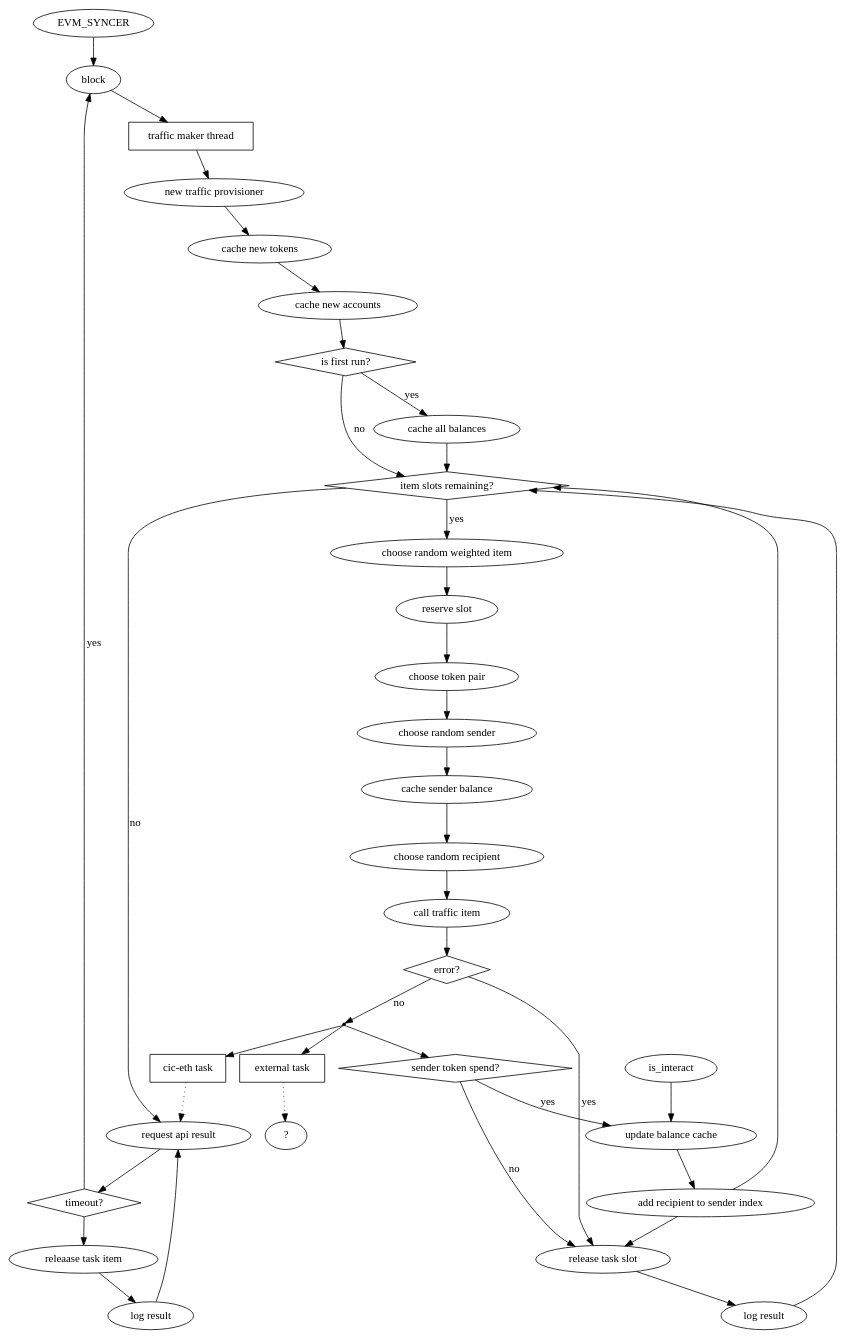
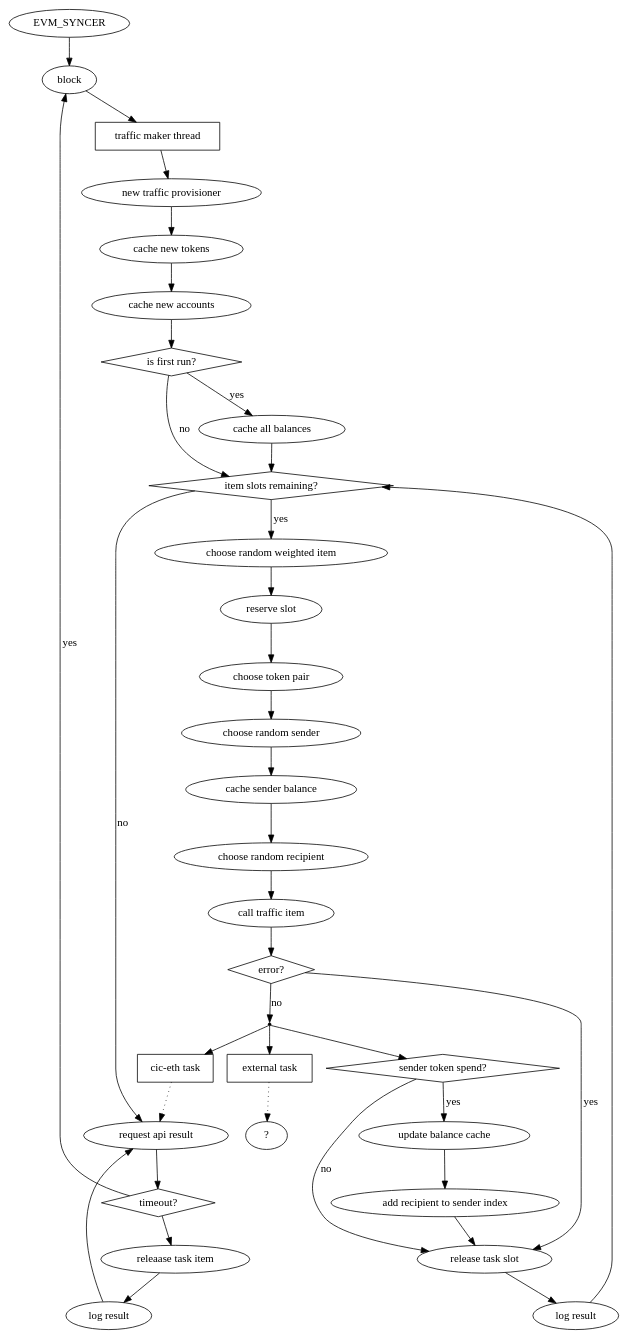
One commit to grassrootseconomics/cic-stack changed the diagram in apps/data-seeding/doc/traffic.dot. Above: the diagram before and after it, drawn with Graphviz.

Commit message:
Correct graphviz errors

```diff
--- a/apps/data-seeding/doc/traffic.dot
+++ b/apps/data-seeding/doc/traffic.dot
@@ -1,175 +1,171 @@
 digraph {
 
 	EVM_SYNCER {
 		label = "EVM SYNCER";
 		shape = "rectamgle";
 	}
 
 	block [
 		
 	];
 
 	thread [
 		label = "traffic maker thread";
 		shape = "rectangle";
 	];
 
 	provisioner [
 		label = "new traffic provisioner";
 	];
 
 	cache_tokens [
 		label = "cache new tokens";	
 	];
 
 	cache_accounts [
 		label = "cache new accounts";	
 	];
 
 	is_first [
 		label = "is first run?";
 		shape = "diamond";
 	];
 	
 	balances [
 		label = "cache all balances";
 	];
 
 	is_reserve [
 		label = "item slots remaining?";
 		shape = "diamond";
 	];
 
 	random_item [
 		label = "choose random weighted item";
 	];
 
 	add_reserve [
 		label = "reserve slot";
 	]
 
 	token_pair [
 		label = "choose token pair";
 	];
 
 	sender [
 		label = "choose random sender";
 	];
 
 	balance_sender [
 		label = "cache sender balance";
 	];
 
 	recipient [
 		label = "choose random recipient";
 	];
 
 	call [
 		label = "call traffic item";
 	];
 
 	is_call_error [
 		label = "error?";
 		shape = "diamond";
 	];
 
 	cic_eth_task [
 		label = "cic-eth task";
 		shape = "rectangle";	
 	];
 
 	task [
 		label = "";
 		shape = "point";
 	];
 
 	ext_task [
 		label = "external task";
 		shape = "rectangle";
 	];
 
 	call_release [
 		label = "release task slot";
 	];
 
 	call_log [
 		label = "log result";
 	];
 
 	is_spend [
 		label = "sender token spend?";
 		shape = "diamond";
 	];
 	
 	balance_update [
 		label = "update balance cache";
 	];
 
 	sender_cache [
 		label = "add recipient to sender index";
 	];
 
 	get_api_result [
 		label = "request api result";
 	];
 	
 	is_timeout [
 		label = "timeout?";
 		shape = "diamond";
 	];
 
 	collect_release_item [
 		label = "releaase task item";
 	];
 
 	collect_log [
 		label = "log result";
 	];
 
 
 	EVM_SYNCER -> block -> thread -> provisioner -> cache_tokens -> cache_accounts -> is_first;
 
 	is_first -> balances [ label = "yes" ];
 
 	is_first -> is_reserve [ label = "no" ];
 
 	balances -> is_reserve;
 
 	is_reserve -> random_item [label = "yes"];
 
 	random_item -> add_reserve -> token_pair -> sender -> balance_sender -> recipient -> call -> is_call_error;
 
 	is_call_error -> call_release [ label = "yes" ];
 
 	is_call_error -> task [ label = "no" ];
 
 	task -> is_spend;
 
 	task -> cic_eth_task;
 
 	task -> ext_task;
 
 	ext_task -> "?" [ style = "dotted"; ];
 
 	is_spend -> call_release [label = "no"; ];
 
 	is_spend -> balance_update [ label = "yes"; ];
 
-	is_interact -> 
-
 	balance_update -> sender_cache -> call_release;
 
 	call_release -> call_log -> is_reserve;
 
 	cic_eth_task -> get_api_result [ style = "dotted"; ];
-
-	sender_cache -> is_reserve;
 
 	is_reserve -> get_api_result [ label = "no"; ];
 
 	get_api_result -> is_timeout;
 
 	is_timeout -> block [ label = "yes" ];
 
 	is_timeout -> collect_release_item -> collect_log -> get_api_result;
 }
```
